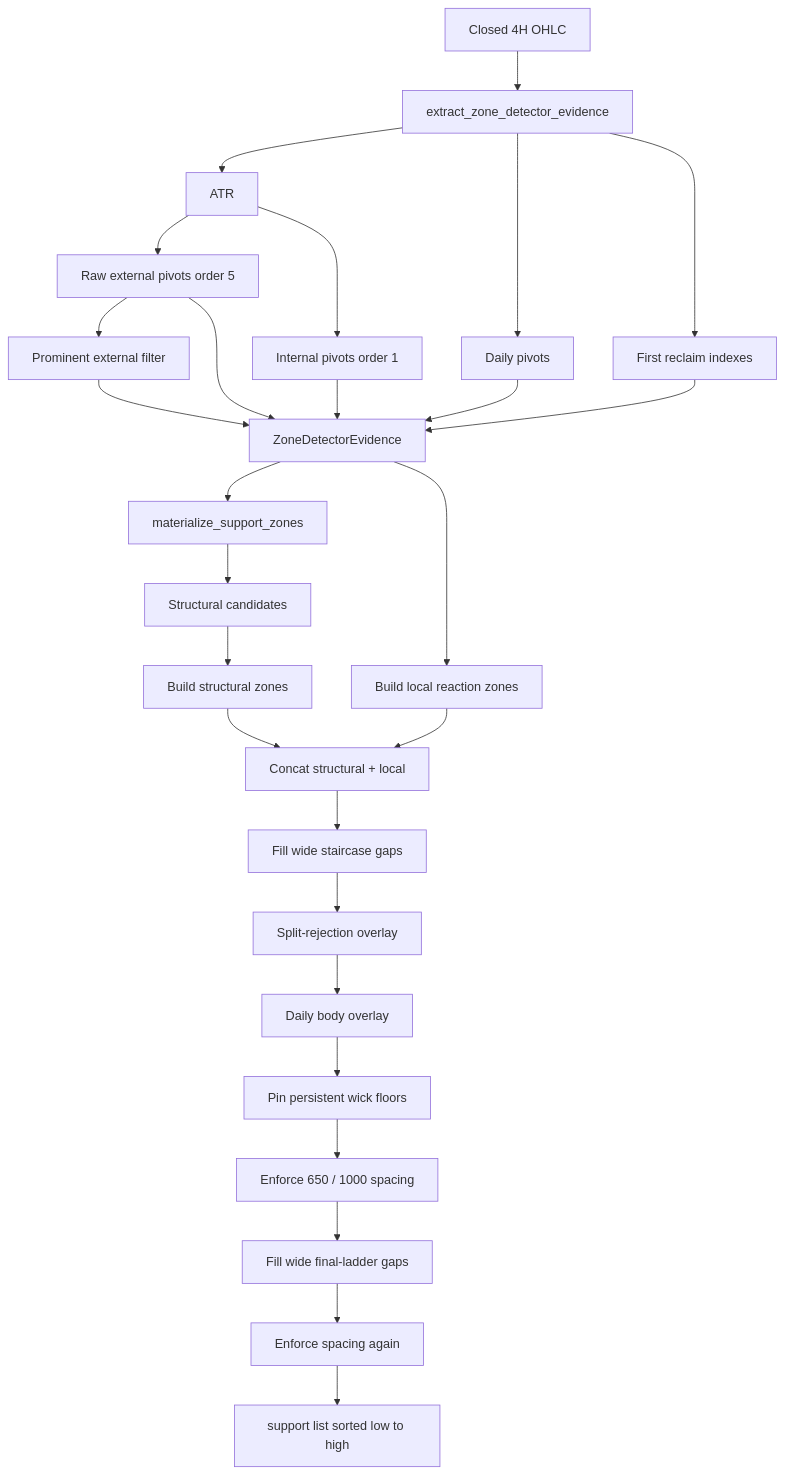
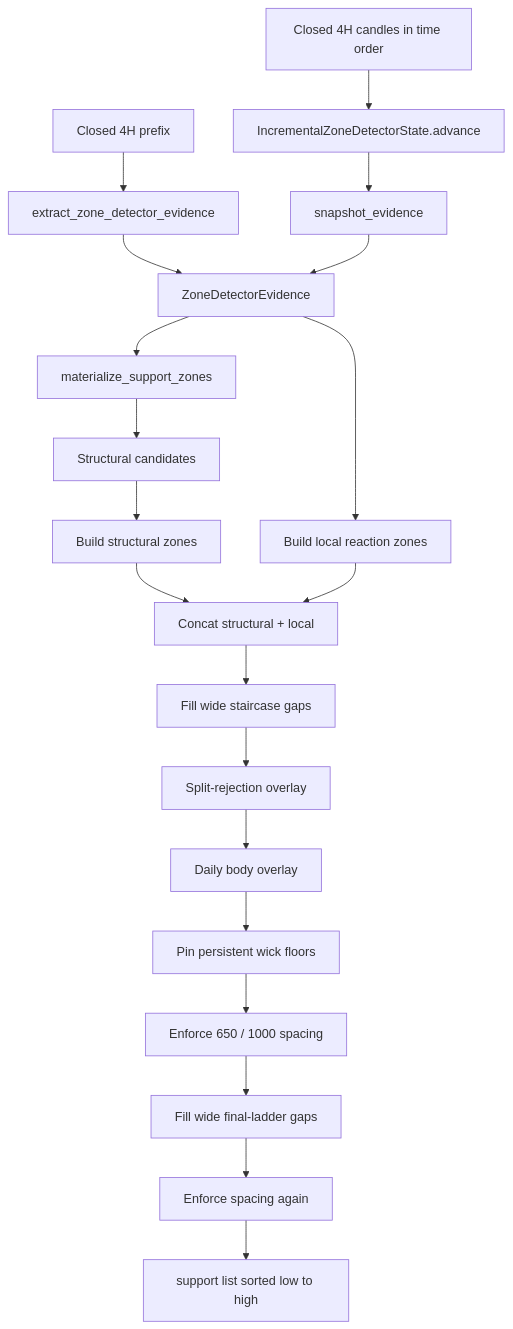
The diagram in zones finder algo overview.md (lx-production/buy_dips), drawn with Mermaid before and after one commit. The commit also changed other lines of this file and 11 other files, not shown here.

Commit message:
Enhance incremental backtesting by integrating `BacktestIncrementalZoneState` for cold cache misses, allowing for efficient ingestion of closed 4h candles.

````diff
--- a/zones finder algo overview.md
+++ b/zones finder algo overview.md
@@ -99,29 +101,22 @@
 ```mermaid
 flowchart TD
-    ohlc[Closed 4H OHLC] --> extract[extract_zone_detector_evidence]
-    extract --> atr[ATR]
-    extract --> dailyPivots[Daily pivots]
-    extract --> reclaim[First reclaim indexes]
-    atr --> rawExt[Raw external pivots order 5]
-    atr --> internal[Internal pivots order 1]
-    rawExt --> prominent[Prominent external filter]
-    evidence[ZoneDetectorEvidence] --> materialize[materialize_support_zones]
-    prominent --> evidence
-    rawExt --> evidence
-    internal --> evidence
-    dailyPivots --> evidence
-    reclaim --> evidence
+    ohlc[Closed 4H prefix] --> extract[extract_zone_detector_evidence]
+    stream[Closed 4H candles in time order] --> incremental[IncrementalZoneDetectorState.advance]
+    incremental --> snapshot[snapshot_evidence]
+    extract --> evidence[ZoneDetectorEvidence]
+    snapshot --> evidence
+    evidence --> materialize[materialize_support_zones]
     materialize --> candidates[Structural candidates]
     candidates --> structural[Build structural zones]
     evidence --> local[Build local reaction zones]
     structural --> concat[Concat structural + local]
     local --> concat
     concat --> stairs[Fill wide staircase gaps]
     stairs --> reject[Split-rejection overlay]
     reject --> daily[Daily body overlay]
     daily --> persist[Pin persistent wick floors]
     persist --> space1[Enforce 650 / 1000 spacing]
     space1 --> persistGaps[Fill wide final-ladder gaps]
     persistGaps --> space2[Enforce spacing again]
     space2 --> support[support list sorted low to high]
 ```
````
